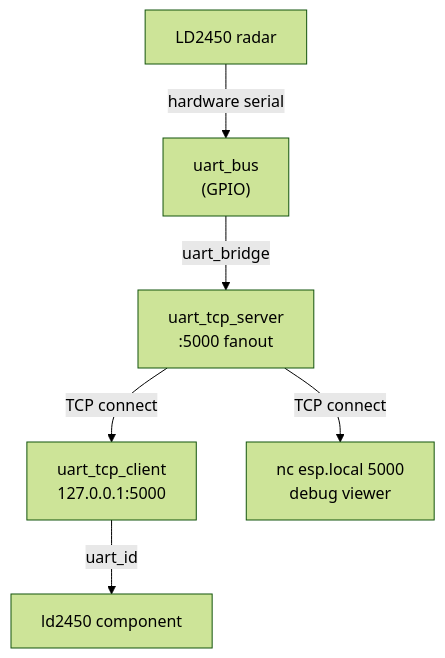
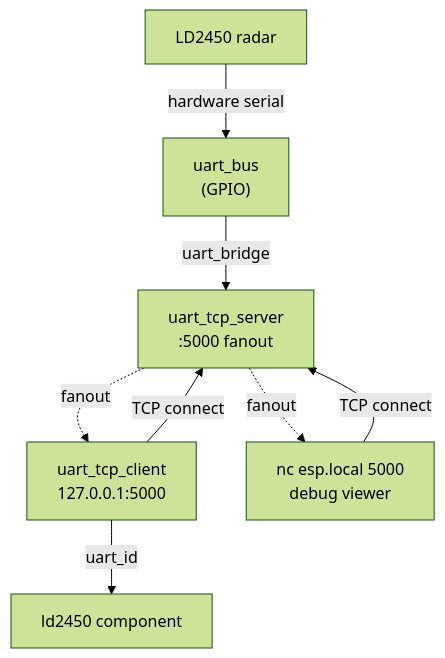
The sixth of 6 diagrams in README.md (nebulous/esphome-uart-link), drawn with Mermaid (forest theme) before and after one commit. The commit also changed other lines of this file, not shown here.

````diff
--- a/README.md
+++ b/README.md
@@ -292,8 +256,10 @@
 ```mermaid
 flowchart TD
     radar["LD2450 radar"] -->|"hardware serial"| uartbus["uart_bus\n(GPIO)"]
     uartbus -->|"uart_bridge"| tap["uart_tcp_server\n:5000 fanout"]
-    tap -->|"TCP connect"| consumer["uart_tcp_client\n127.0.0.1:5000"]
-    tap -->|"TCP connect"| nc["nc esp.local 5000\ndebug viewer"]
+    consumer["uart_tcp_client\n127.0.0.1:5000"] -->|"TCP connect"| tap
+    tap -.->|"fanout"| consumer
+    nc["nc esp.local 5000\ndebug viewer"] -->|"TCP connect"| tap
+    tap -.->|"fanout"| nc
     consumer -->|"uart_id"| ld2450["ld2450 component"]
 ```
````
